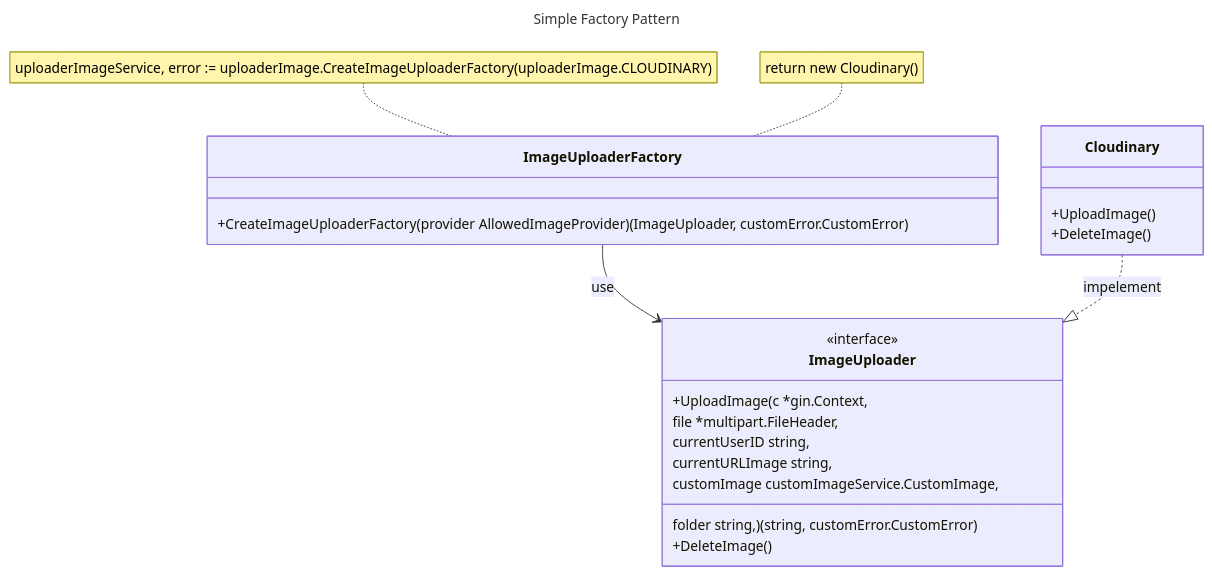
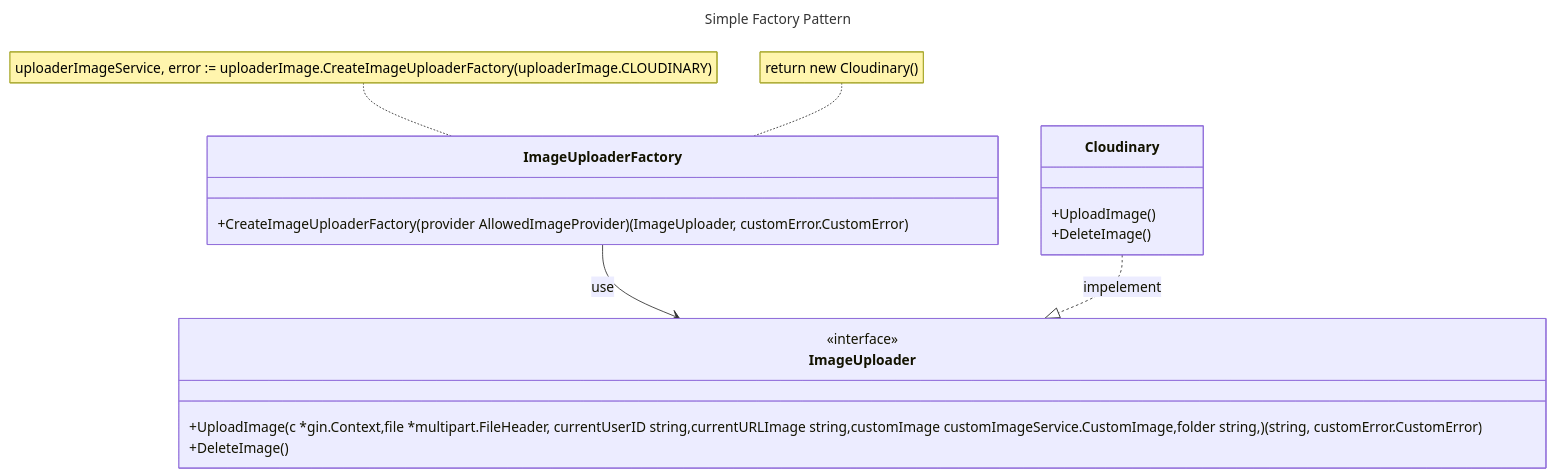
Before and after one commit to nahuelDev23/mermaid: the second of 2 diagrams in readme.md, drawn with Mermaid.

````diff
--- a/readme.md
+++ b/readme.md
@@ -47,32 +47,28 @@
 ```mermaid
 ---
 title: Simple Factory Pattern
 ---
 classDiagram
 
  note for ImageUploaderFactory "uploaderImageService, error := uploaderImage.CreateImageUploaderFactory(uploaderImage.CLOUDINARY)"
   note for ImageUploaderFactory "return new Cloudinary()"
  class ImageUploaderFactory{
  +CreateImageUploaderFactory(provider AllowedImageProvider) (ImageUploader, customError.CustomError)
  }
  
   class ImageUploader{
-  +UploadImage(c *gin.Context,
-		file *multipart.FileHeader,
-		currentUserID string,
-		currentURLImage string,
-		customImage customImageService.CustomImage,
-		folder string,) (string, customError.CustomError)
+  +UploadImage(c *gin.Context,file *multipart.FileHeader, currentUserID string,currentURLImage string,customImage customImageService.CustomImage,folder string,) (string, customError.CustomError)
+			
   +DeleteImage()
  }
  <<interface>> ImageUploader
  
  ImageUploaderFactory --> ImageUploader : use
  
  class Cloudinary{
  +UploadImage()
   +DeleteImage()
  }  
  
  Cloudinary ..|> ImageUploader : impelement
  ```
````
